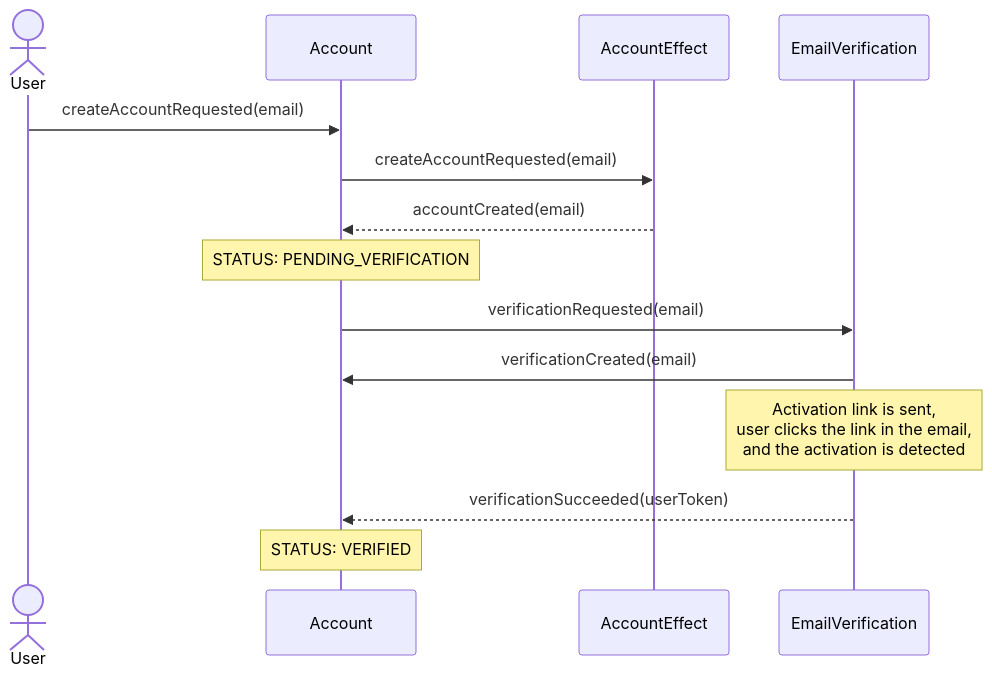
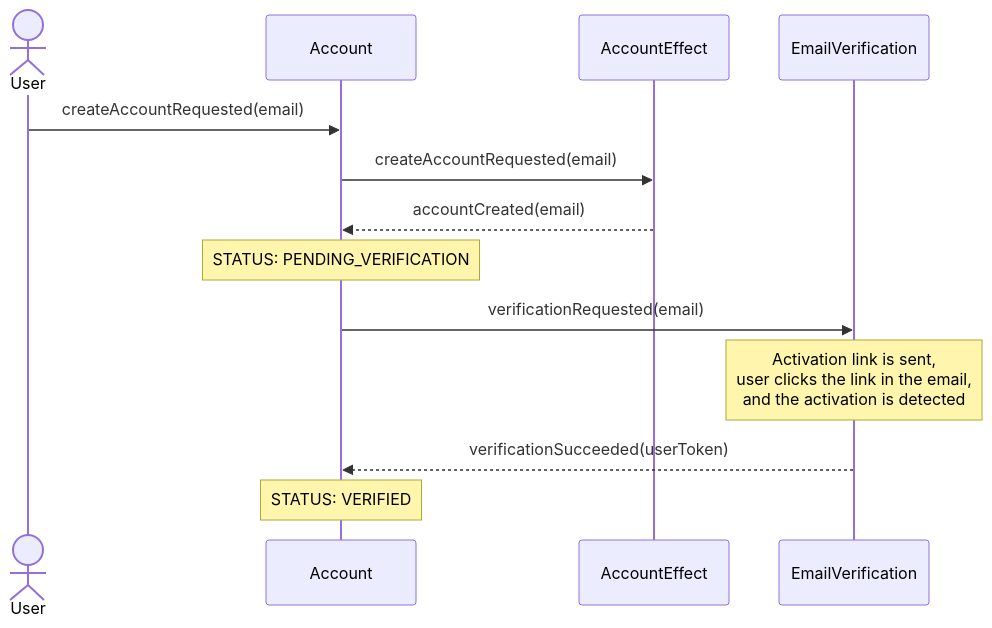
One commit to BenLayet/meditation-timer changed the first of 4 diagrams in docs/workflows/create-account.md. Above: the diagram before and after it, drawn with Mermaid. The commit also changed other lines of this file and 31 other files, not shown here.

````diff
--- a/docs/workflows/create-account.md
+++ b/docs/workflows/create-account.md
@@ -2,17 +3,16 @@
 ```mermaid
 sequenceDiagram
     actor User
     participant Account
     participant AccountEffect
     participant EmailVerification
 
     User ->> Account: createAccountRequested(email)
     Account ->> AccountEffect: createAccountRequested(email)
     AccountEffect -->> Account: accountCreated(email)
     Note over Account: STATUS: PENDING_VERIFICATION
     Account ->> EmailVerification: verificationRequested(email)
-    EmailVerification ->> Account: verificationCreated(email)
     Note over EmailVerification: Activation link is sent,<br> user clicks the link in the email, <br>and the activation is detected
     EmailVerification -->> Account: verificationSucceeded(userToken)
     Note over Account: STATUS: VERIFIED
 ```
````
